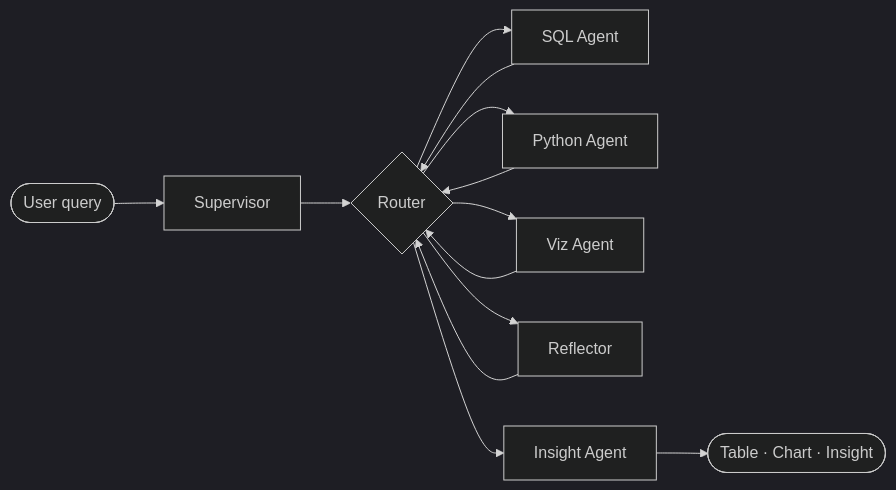
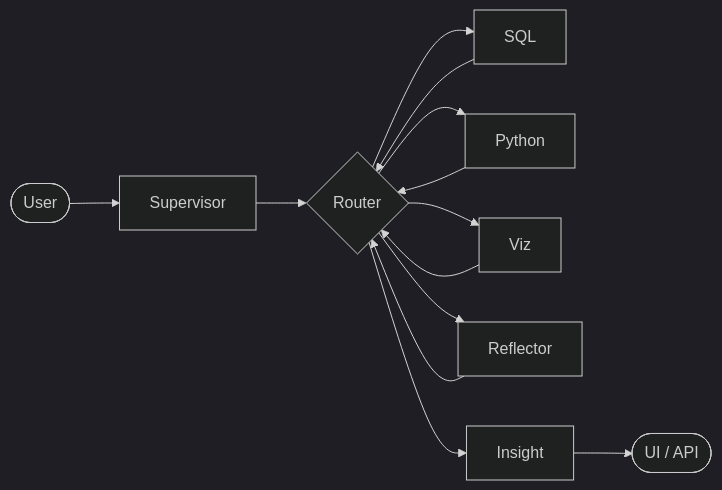
Before and after one commit to DangVanVy23521825/ADBA: the diagram in README.md, drawn with Mermaid (dark theme). The commit also changed other lines of this file and 2 other files, not shown here.

````diff
--- a/README.md
+++ b/README.md
@@ -70,15 +73,15 @@
 ```mermaid
 flowchart LR
-  U([User query]) --> S[Supervisor]
+  U([User]) --> S[Supervisor]
   S --> R{Router}
-  R --> SQL[SQL Agent]
-  R --> PY[Python Agent]
-  R --> VZ[Viz Agent]
+  R --> SQL[SQL]
+  R --> PY[Python]
+  R --> VZ[Viz]
   R --> RF[Reflector]
   SQL --> R
   PY --> R
   VZ --> R
   RF --> R
-  R --> IN[Insight Agent]
-  IN --> OUT([Table · Chart · Insight])
+  R --> IN[Insight]
+  IN --> OUT([UI / API])
 ```
````
